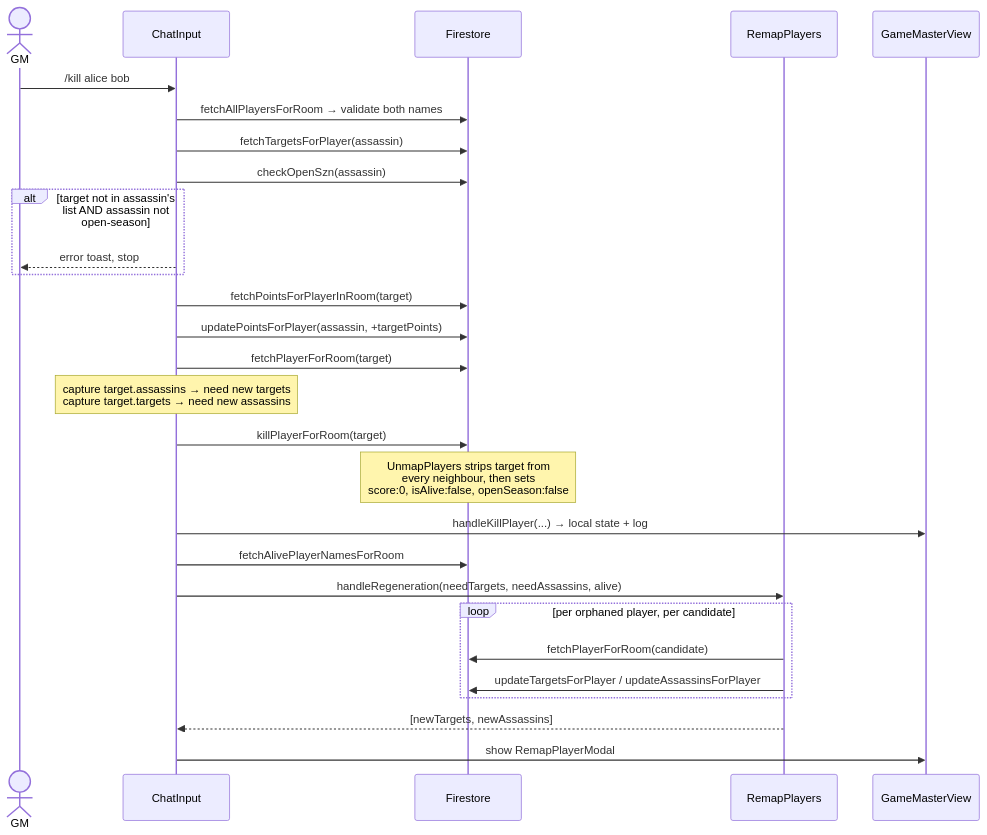
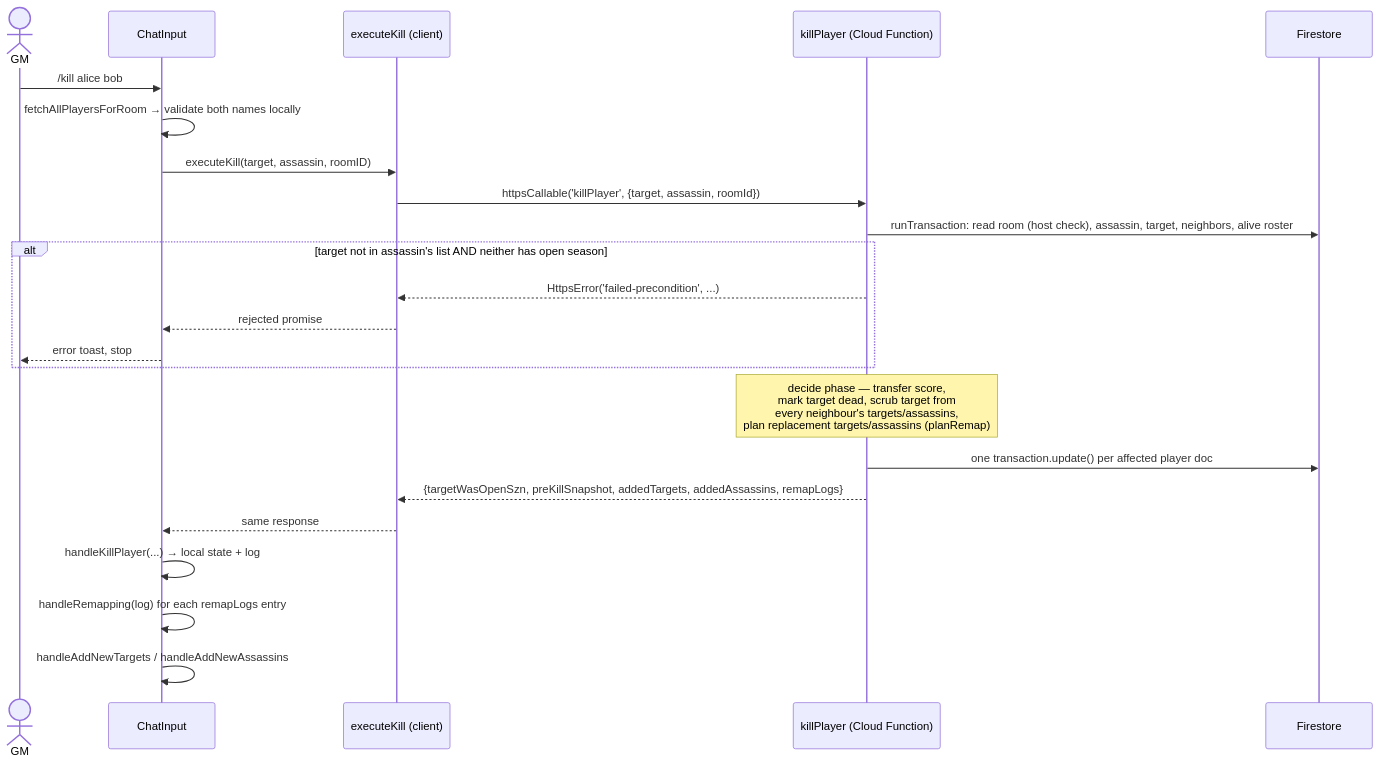
The second of 4 diagrams in docs/game-flows.md (allenthebosscoder/mall-mystery-heroes), drawn with Mermaid before and after one commit. The commit also changed other lines of this file and 63 other files, not shown here.

````diff
--- a/docs/game-flows.md
+++ b/docs/game-flows.md
@@ -89,36 +92,28 @@
 ```mermaid
 sequenceDiagram
     actor GM
     participant CI as ChatInput
+    participant EK as executeKill (client)
+    participant KP as killPlayer (Cloud Function)
     participant FS as Firestore
-    participant RP as RemapPlayers
-    participant GMV as GameMasterView
 
     GM->>CI: /kill alice bob
-    CI->>FS: fetchAllPlayersForRoom → validate both names
-    CI->>FS: fetchTargetsForPlayer(assassin)
-    CI->>FS: checkOpenSzn(assassin)
+    CI->>CI: fetchAllPlayersForRoom → validate both names locally
+    CI->>EK: executeKill(target, assassin, roomID)
+    EK->>KP: httpsCallable('killPlayer', {target, assassin, roomId})
 
-    alt target not in assassin's list AND assassin not open-season
+    KP->>FS: runTransaction: read room (host check), assassin, target, neighbors, alive roster
+    alt target not in assassin's list AND neither has open season
+        KP-->>EK: HttpsError('failed-precondition', ...)
+        EK-->>CI: rejected promise
         CI-->>GM: error toast, stop
     end
+    Note over KP: decide phase — transfer score,<br/>mark target dead, scrub target from<br/>every neighbour's targets/assassins,<br/>plan replacement targets/assassins (planRemap)
+    KP->>FS: one transaction.update() per affected player doc
+    KP-->>EK: {targetWasOpenSzn, preKillSnapshot, addedTargets, addedAssassins, remapLogs}
 
-    CI->>FS: fetchPointsForPlayerInRoom(target)
-    CI->>FS: updatePointsForPlayer(assassin, +targetPoints)
-
-    CI->>FS: fetchPlayerForRoom(target)
-    Note over CI: capture target.assassins → need new targets<br/>capture target.targets → need new assassins
-
-    CI->>FS: killPlayerForRoom(target)
-    Note over FS: UnmapPlayers strips target from<br/>every neighbour, then sets<br/>score:0, isAlive:false, openSeason:false
-
-    CI->>GMV: handleKillPlayer(...) → local state + log
-    CI->>FS: fetchAlivePlayerNamesForRoom
-    CI->>RP: handleRegeneration(needTargets, needAssassins, alive)
-    loop per orphaned player, per candidate
-        RP->>FS: fetchPlayerForRoom(candidate)
-        RP->>FS: updateTargetsForPlayer / updateAssassinsForPlayer
-    end
-    RP-->>CI: [newTargets, newAssassins]
-    CI->>GMV: show RemapPlayerModal
+    EK-->>CI: same response
+    CI->>CI: handleKillPlayer(...) → local state + log
+    CI->>CI: handleRemapping(log) for each remapLogs entry
+    CI->>CI: handleAddNewTargets / handleAddNewAssassins
 ```
````
